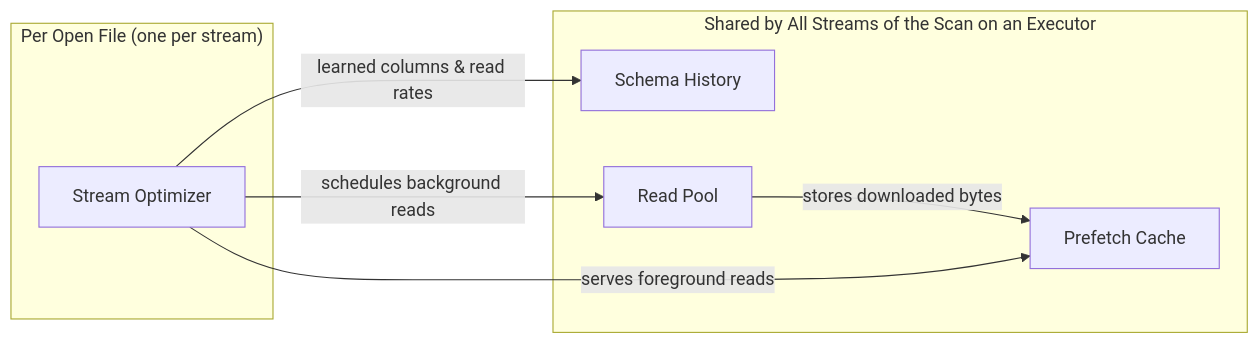
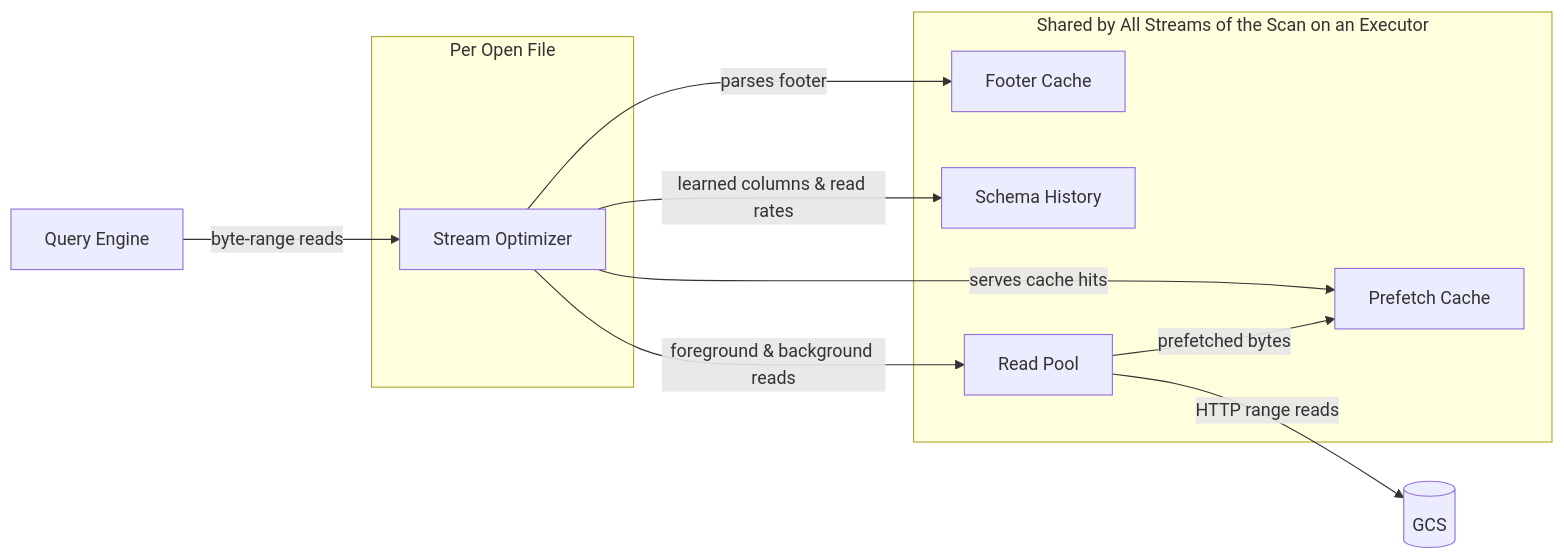
One commit to prudhvimaharishi/gcs-analytics-core changed the third of 8 diagrams in .agents/predictive_prefetching_design_doc.md. Above: the diagram before and after it, drawn with Mermaid. The commit also changed other lines of this file, not shown here.

````diff
--- a/.agents/predictive_prefetching_design_doc.md
+++ b/.agents/predictive_prefetching_design_doc.md
@@ -87,15 +87,22 @@
 ```mermaid
 flowchart LR
-    subgraph PerFile["Per Open File (one per stream)"]
+    Engine["Query Engine"]
+    subgraph PerFile["Per Open File"]
         Opt["Stream Optimizer"]
     end
     subgraph Shared["Shared by All Streams of the Scan on an Executor"]
+        Footer["Footer Cache"]
         Hist["Schema History"]
         Cache["Prefetch Cache"]
         Pool["Read Pool"]
     end
+    GCS[("GCS")]
+
+    Engine -- "byte-range reads" --> Opt
+    Opt -- "parses footer" --> Footer
     Opt -- "learned columns & read rates" --> Hist
-    Opt -- "schedules background reads" --> Pool
-    Pool -- "stores downloaded bytes" --> Cache
-    Opt -- "serves foreground reads" --> Cache
+    Opt -- "serves cache hits" --> Cache
+    Opt -- "foreground & background reads" --> Pool
+    Pool -- "HTTP range reads" --> GCS
+    Pool -- "prefetched bytes" --> Cache
 ```
````
